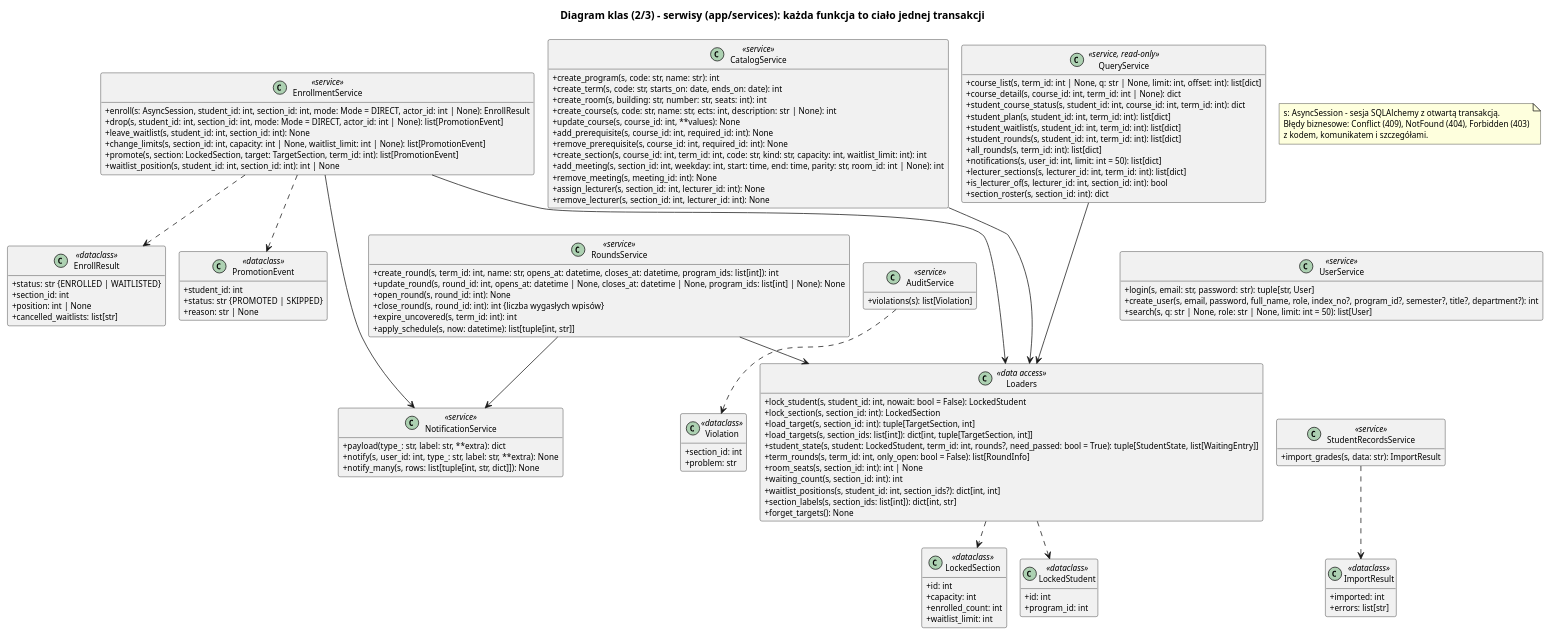
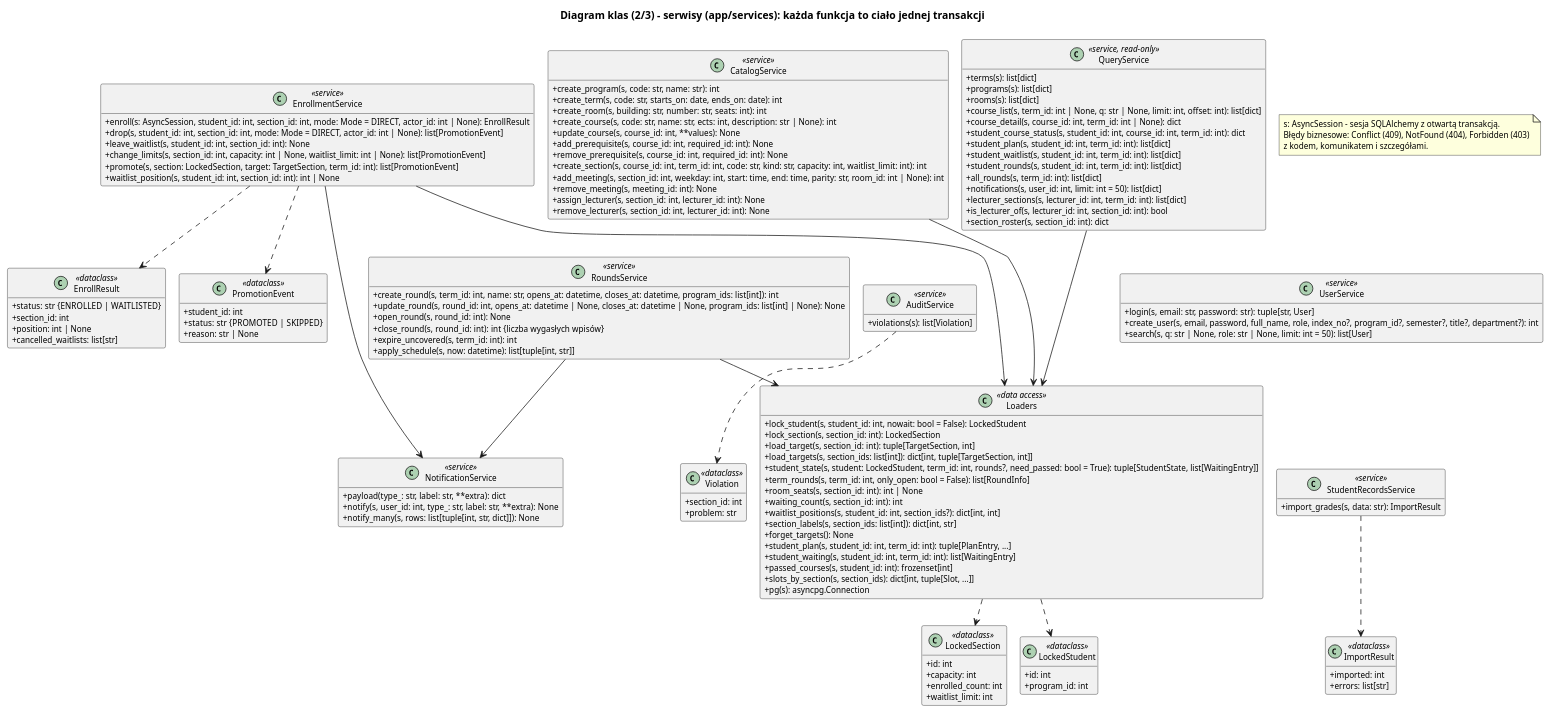
The diagram in etap3/diagramy/klasy_serwisy.puml (Husaria55/USOSv2), drawn with PlantUML before and after one commit. The commit also changed 14 other files, not shown here.

First line of the commit message:
Etap 3: spójność diagramów z kodem i README (recenzja main)

```diff
--- a/etap3/diagramy/klasy_serwisy.puml
+++ b/etap3/diagramy/klasy_serwisy.puml
@@ -1,141 +1,149 @@
 @startuml klasy_serwisy
 !pragma layout smetana
 title Diagram klas (2/3) – serwisy (app/services): każda funkcja to ciało jednej transakcji
 skinparam shadowing false
 skinparam classAttributeIconSize 0
 skinparam defaultFontSize 11
 hide empty members
 
 class EnrollmentService <<service>> {
   + enroll(s: AsyncSession, student_id: int, section_id: int, mode: Mode = DIRECT, actor_id: int | None): EnrollResult
   + drop(s, student_id: int, section_id: int, mode: Mode = DIRECT, actor_id: int | None): list[PromotionEvent]
   + leave_waitlist(s, student_id: int, section_id: int): None
   + change_limits(s, section_id: int, capacity: int | None, waitlist_limit: int | None): list[PromotionEvent]
   + promote(s, section: LockedSection, target: TargetSection, term_id: int): list[PromotionEvent]
   + waitlist_position(s, student_id: int, section_id: int): int | None
 }
 class EnrollResult <<dataclass>> {
   + status: str  {ENROLLED | WAITLISTED}
   + section_id: int
   + position: int | None
   + cancelled_waitlists: list[str]
 }
 class PromotionEvent <<dataclass>> {
   + student_id: int
   + status: str  {PROMOTED | SKIPPED}
   + reason: str | None
 }
 
 class CatalogService <<service>> {
   + create_program(s, code: str, name: str): int
   + create_term(s, code: str, starts_on: date, ends_on: date): int
   + create_room(s, building: str, number: str, seats: int): int
   + create_course(s, code: str, name: str, ects: int, description: str | None): int
   + update_course(s, course_id: int, **values): None
   + add_prerequisite(s, course_id: int, required_id: int): None
   + remove_prerequisite(s, course_id: int, required_id: int): None
   + create_section(s, course_id: int, term_id: int, code: str, kind: str, capacity: int, waitlist_limit: int): int
   + add_meeting(s, section_id: int, weekday: int, start: time, end: time, parity: str, room_id: int | None): int
   + remove_meeting(s, meeting_id: int): None
   + assign_lecturer(s, section_id: int, lecturer_id: int): None
   + remove_lecturer(s, section_id: int, lecturer_id: int): None
 }
 
 class RoundsService <<service>> {
   + create_round(s, term_id: int, name: str, opens_at: datetime, closes_at: datetime, program_ids: list[int]): int
   + update_round(s, round_id: int, opens_at: datetime | None, closes_at: datetime | None, program_ids: list[int] | None): None
   + open_round(s, round_id: int): None
   + close_round(s, round_id: int): int  {liczba wygasłych wpisów}
   + expire_uncovered(s, term_id: int): int
   + apply_schedule(s, now: datetime): list[tuple[int, str]]
 }
 
 class UserService <<service>> {
   + login(s, email: str, password: str): tuple[str, User]
   + create_user(s, email, password, full_name, role, index_no?, program_id?, semester?, title?, department?): int
   + search(s, q: str | None, role: str | None, limit: int = 50): list[User]
 }
 
 class StudentRecordsService <<service>> {
   + import_grades(s, data: str): ImportResult
 }
 class ImportResult <<dataclass>> {
   + imported: int
   + errors: list[str]
 }
 
 class NotificationService <<service>> {
   + payload(type_: str, label: str, **extra): dict
   + notify(s, user_id: int, type_: str, label: str, **extra): None
   + notify_many(s, rows: list[tuple[int, str, dict]]): None
 }
 
 class AuditService <<service>> {
   + violations(s): list[Violation]
 }
 class Violation <<dataclass>> {
   + section_id: int
   + problem: str
 }
 
 class QueryService <<service, read-only>> {
+  + terms(s): list[dict]
+  + programs(s): list[dict]
+  + rooms(s): list[dict]
   + course_list(s, term_id: int | None, q: str | None, limit: int, offset: int): list[dict]
   + course_detail(s, course_id: int, term_id: int | None): dict
   + student_course_status(s, student_id: int, course_id: int, term_id: int): dict
   + student_plan(s, student_id: int, term_id: int): list[dict]
   + student_waitlist(s, student_id: int, term_id: int): list[dict]
   + student_rounds(s, student_id: int, term_id: int): list[dict]
   + all_rounds(s, term_id: int): list[dict]
   + notifications(s, user_id: int, limit: int = 50): list[dict]
   + lecturer_sections(s, lecturer_id: int, term_id: int): list[dict]
   + is_lecturer_of(s, lecturer_id: int, section_id: int): bool
   + section_roster(s, section_id: int): dict
 }
 
 class Loaders <<data access>> {
   + lock_student(s, student_id: int, nowait: bool = False): LockedStudent
   + lock_section(s, section_id: int): LockedSection
   + load_target(s, section_id: int): tuple[TargetSection, int]
   + load_targets(s, section_ids: list[int]): dict[int, tuple[TargetSection, int]]
   + student_state(s, student: LockedStudent, term_id: int, rounds?, need_passed: bool = True): tuple[StudentState, list[WaitingEntry]]
   + term_rounds(s, term_id: int, only_open: bool = False): list[RoundInfo]
   + room_seats(s, section_id: int): int | None
   + waiting_count(s, section_id: int): int
   + waitlist_positions(s, student_id: int, section_ids?): dict[int, int]
   + section_labels(s, section_ids: list[int]): dict[int, str]
   + forget_targets(): None
+  + student_plan(s, student_id: int, term_id: int): tuple[PlanEntry, ...]
+  + student_waiting(s, student_id: int, term_id: int): list[WaitingEntry]
+  + passed_courses(s, student_id: int): frozenset[int]
+  + slots_by_section(s, section_ids): dict[int, tuple[Slot, ...]]
+  + pg(s): asyncpg.Connection
 }
 class LockedStudent <<dataclass>> {
   + id: int
   + program_id: int
 }
 class LockedSection <<dataclass>> {
   + id: int
   + capacity: int
   + enrolled_count: int
   + waitlist_limit: int
 }
 
 EnrollmentService ..> EnrollResult
 EnrollmentService ..> PromotionEvent
 EnrollmentService --> Loaders
 EnrollmentService --> NotificationService
 RoundsService --> Loaders
 RoundsService --> NotificationService
 QueryService --> Loaders
 CatalogService --> Loaders
 StudentRecordsService ..> ImportResult
 AuditService ..> Violation
 Loaders ..> LockedStudent
 Loaders ..> LockedSection
 
 ' układ w rzędach (czytelność na slajdzie)
 EnrollmentService -[hidden]right- CatalogService
 CatalogService -[hidden]down- RoundsService
 QueryService -[hidden]down- UserService
 UserService -[hidden]down- StudentRecordsService
 CatalogService -[hidden]right- QueryService
 RoundsService -[hidden]right- AuditService
 
 note "s: AsyncSession – sesja SQLAlchemy z otwartą transakcją.\nBłędy biznesowe: Conflict (409), NotFound (404), Forbidden (403)\nz kodem, komunikatem i szczegółami." as N1
 @enduml
```
